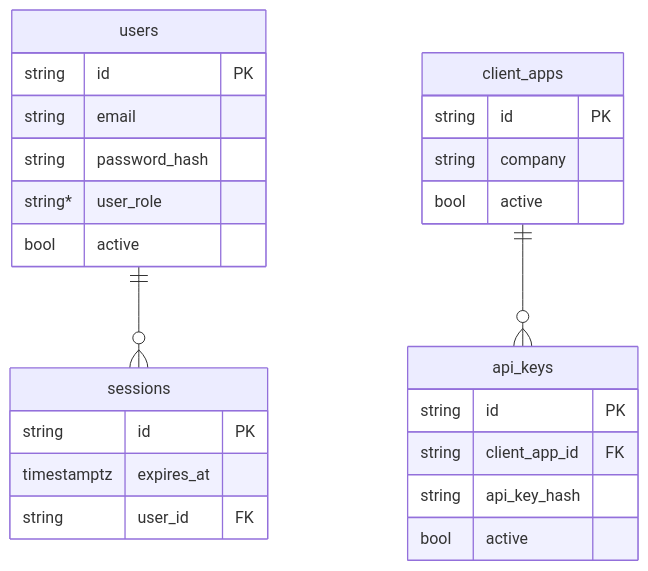
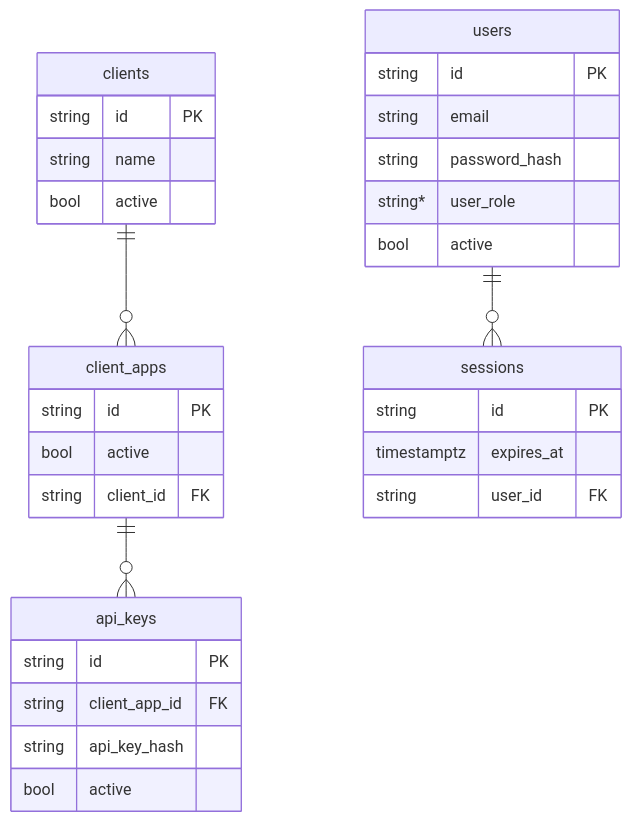
Before and after one commit to maneldevs/authjar: the diagram in .info/diagrams/er.mmd, drawn with Mermaid. The commit also changed 10 other files, not shown here.

```diff
--- a/.info/diagrams/er.mmd
+++ b/.info/diagrams/er.mmd
@@ -1,30 +1,37 @@
 erDiagram
     users {
         string id PK
         string email
         string password_hash
         string* user_role
         bool active 
     }
 
+    clients {
+        string id PK
+        string name
+        bool active
+    }
+
     client_apps {
         string id PK
-        string company
         bool active
+        string client_id FK
     }
 
     sessions {
         string id PK
         timestamptz expires_at
         string user_id FK
     }
 
     api_keys {
         string id PK
         string client_app_id FK
         string api_key_hash
         bool active
     }
 
     users ||--o{ sessions : ""
+    clients ||--o{ client_apps : ""
     client_apps ||--o{ api_keys : ""
```
